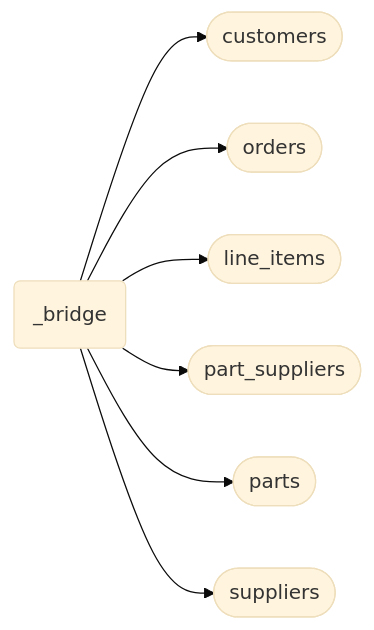
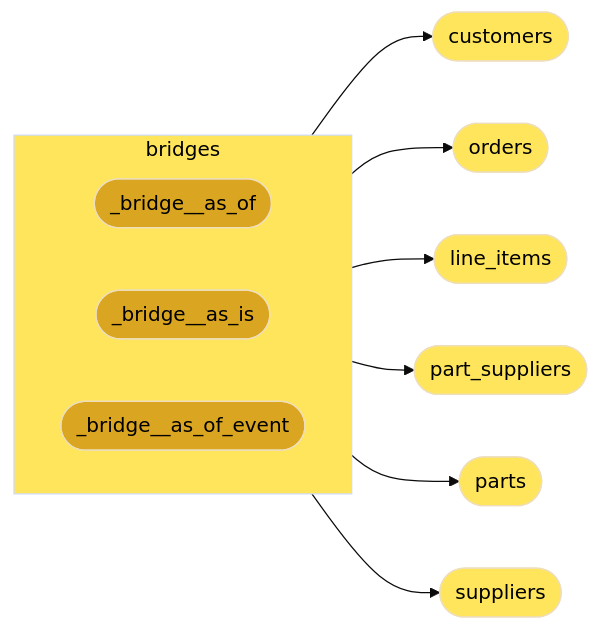
The fourth of 4 diagrams in README.md (mattiasthalen/tpch), drawn with Mermaid (base theme) before and after one commit.

Commit message:
Update gold ODM

````diff
--- a/README.md
+++ b/README.md
@@ -278,17 +278,44 @@
 ```mermaid
 flowchart LR
-    _bridge("_bridge")
+    subgraph bridges
+        direction LR
+        _bridge__as_of(["_bridge__as_of"])
+        _bridge__as_is(["_bridge__as_is"])
+        _bridge__as_of_event(["_bridge__as_of_event"])
+    end
+
     customers(["customers"])
     orders(["orders"])
     line_items(["line_items"])
     part_suppliers(["part_suppliers"])
     parts(["parts"])
     suppliers(["suppliers"])
     
-    _bridge --> customers
-    _bridge --> orders
-    _bridge --> line_items
-    _bridge --> part_suppliers
-    _bridge --> parts
-    _bridge --> suppliers
+    bridges --> customers
+    bridges --> orders
+    bridges --> line_items
+    bridges --> part_suppliers
+    bridges --> parts
+    bridges --> suppliers
+
+    %% Gold shades
+    classDef gold_classic fill:#FFD700,color:black
+    classDef gold_dark fill:#DAA520,color:black
+    classDef gold_light fill:#FFE55C,color:black
+    classDef gold_antique fill:#CFB53B,color:black
+
+    class bridges gold_light
+    class _bridge__as_is gold_dark
+    class _bridge__as_of gold_dark
+    class _bridge__as_of_event gold_dark
+    
+    class calendar gold_light
+    class customers gold_light
+    class line_items gold_light
+    class nations gold_light
+    class orders gold_light
+    class part_suppliers gold_light
+    class parts gold_light
+    class regions gold_light
+    class suppliers gold_light
 ```
````
